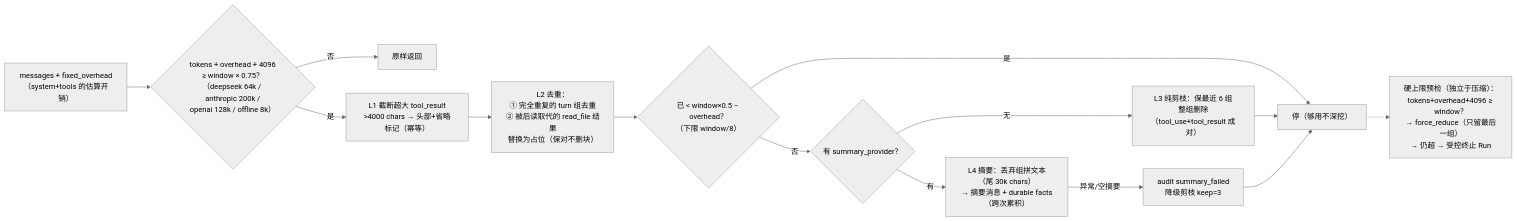
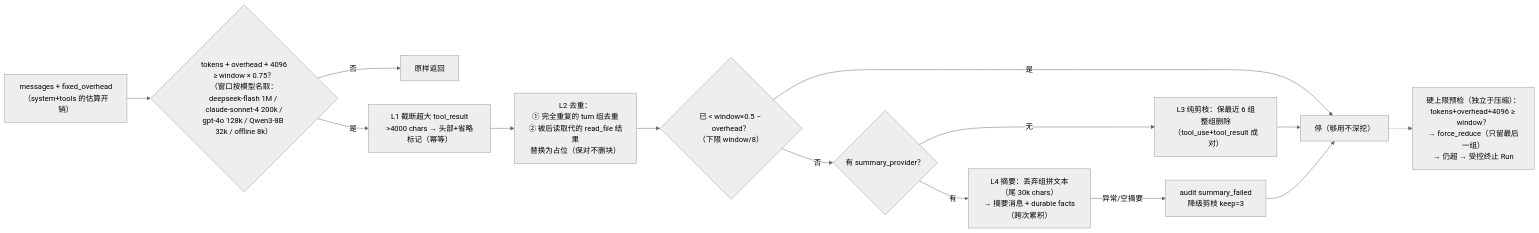
Diagram 12 of 13 in docs/architecture-design/agent-loop-map.md (andyxu1234/soul_buddy), drawn with Mermaid (neutral theme) before and after one commit. The commit also changed 61 other files, not shown here.

````diff
--- a/docs/architecture-design/agent-loop-map.md
+++ b/docs/architecture-design/agent-loop-map.md
@@ -624,17 +624,17 @@
 ```mermaid
 flowchart LR
-    IN["messages + fixed_overhead<br/>（system+tools 的估算开销）"] --> T{"tokens + overhead + 4096<br/>≥ window × 0.75？<br/>（deepseek 64k / anthropic 200k /<br/>openai 128k / offline 8k）"}
+    IN["messages + fixed_overhead<br/>（system+tools 的估算开销）"] --> T{"tokens + overhead + 4096<br/>≥ window × 0.75？<br/>（窗口按模型名取：<br/>deepseek-flash 1M / claude-sonnet-4 200k /<br/>gpt-4o 128k / Qwen3-8B 32k / offline 8k）"}
     T -- 否 --> SKIP["原样返回"]
     T -- 是 --> L1["L1 截断超大 tool_result<br/>>4000 chars → 头部+省略标记（幂等）"]
     L1 --> L2["L2 去重：<br/>① 完全重复的 turn 组去重<br/>② 被后读取代的 read_file 结果<br/>替换为占位（保对不删块）"]
     L2 --> E{"已 < window×0.5 − overhead？<br/>（下限 window/8）"}
     E -- 是 --> OK["停（够用不深挖）"]
     E -- 否 --> S{"有 summary_provider？"}
     S -- 无 --> P3["L3 纯剪枝：保最近 6 组<br/>整组删除（tool_use+tool_result 成对）"]
     S -- 有 --> L4["L4 摘要：丢弃组拼文本（尾 30k chars）<br/>→ 摘要消息 + durable facts（跨次累积）"]
     L4 -- "异常/空摘要" --> DG["audit summary_failed<br/>降级剪枝 keep=3"]
     P3 --> OK
     DG --> OK
 
     OK -.-> HL["硬上限预检（独立于压缩）：<br/>tokens+overhead+4096 ≥ window？<br/>→ force_reduce（只留最后一组）<br/>→ 仍超 → 受控终止 Run"]
 ```
````
